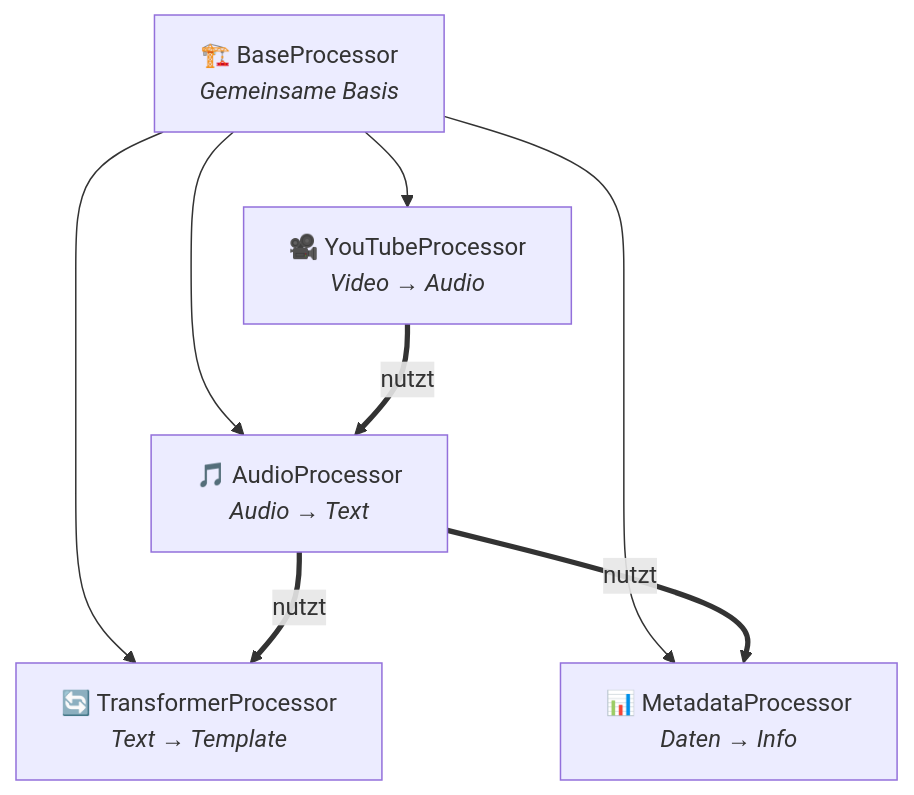
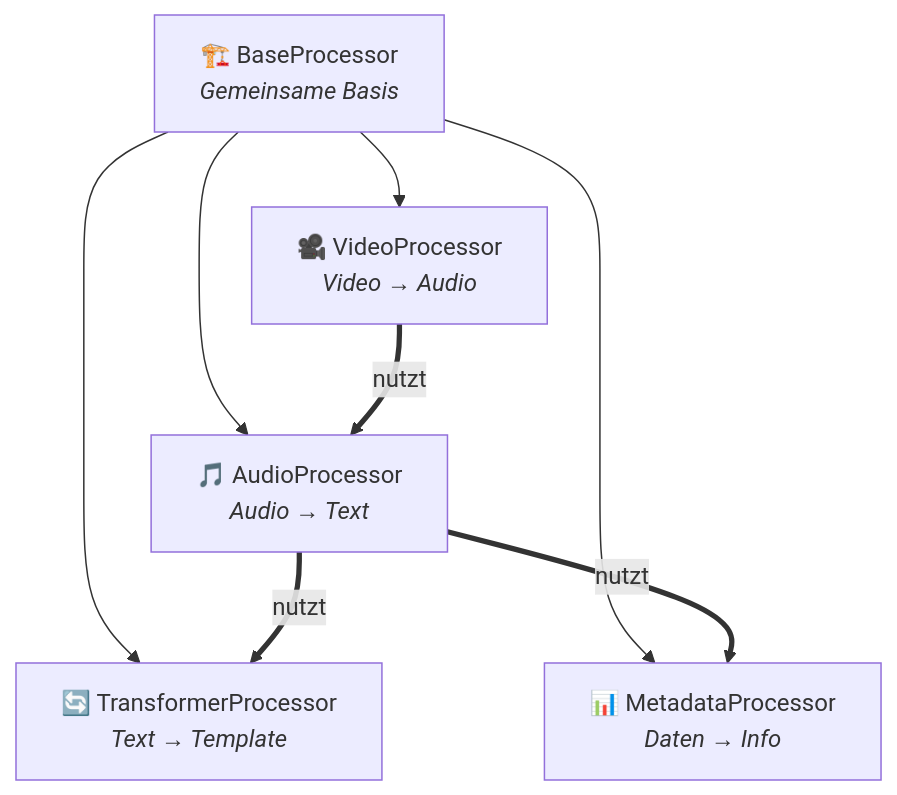
Before and after one commit to bCommonsLAB/CommonSecretaryServices: the third of 7 diagrams in docs/powerpoint/Secretary_Services_Präsentation.md, drawn with Mermaid. The commit also changed other lines of this file and 1 other file, not shown here.

````diff
--- a/docs/powerpoint/Secretary_Services_Präsentation.md
+++ b/docs/powerpoint/Secretary_Services_Präsentation.md
@@ -215,20 +215,20 @@
 ```mermaid
 graph TD
     A["🏗️ BaseProcessor<br/><i>Gemeinsame Basis</i>"]
     
     B["🎵 AudioProcessor<br/><i>Audio → Text</i>"]
-    C["🎥 YouTubeProcessor<br/><i>Video → Audio</i>"]
+    C["🎥 VideoProcessor<br/><i>Video → Audio</i>"]
     D["🔄 TransformerProcessor<br/><i>Text → Template</i>"]
     E["📊 MetadataProcessor<br/><i>Daten → Info</i>"]
     
     %% Vererbung (einfache Pfeile)
     A --> B
     A --> C
     A --> D
     A --> E
     
     %% Wichtigste Abhängigkeiten (dickere Pfeile)
     C ==> |"nutzt"| B
     B ==> |"nutzt"| D
     B ==> |"nutzt"| E
 ```
````
